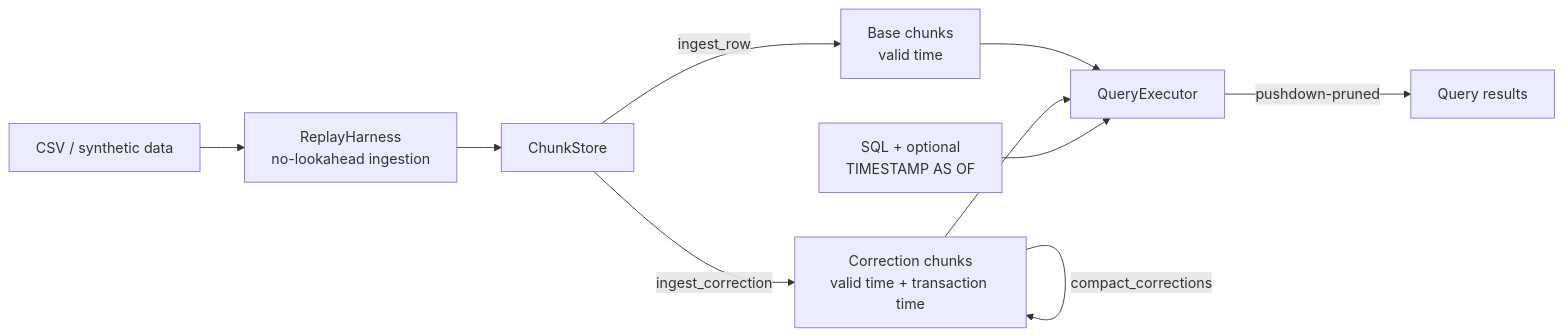
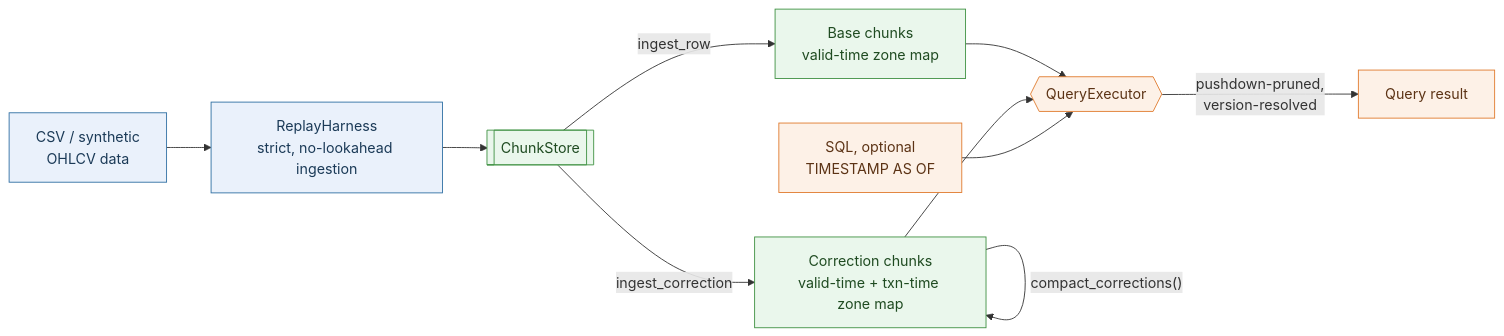
Before and after one commit to Shri2909/PitDB: the first of 4 diagrams in README.md, drawn with Mermaid. The commit also changed other lines of this file and 6 other files, not shown here.

First line of the commit message:
Rewrite README/ARCHITECTURE/METHODOLOGY with diagrams, move docs to root, rename project to PitDB

````diff
--- a/README.md
+++ b/README.md
@@ -24,11 +69,19 @@
 ```mermaid
-graph LR
-    A[CSV / synthetic data] --> B[ReplayHarness<br/>no-lookahead ingestion]
-    B --> C[ChunkStore]
-    C -->|ingest_row| D[Base chunks<br/>valid time]
-    C -->|ingest_correction| E[Correction chunks<br/>valid time + transaction time]
-    E -->|compact_corrections| E
-    D & E --> F[QueryExecutor]
-    G["SQL + optional<br/>TIMESTAMP AS OF"] --> F
-    F -->|pushdown-pruned| H[Query results]
+flowchart LR
+    A["CSV / synthetic<br/>OHLCV data"] --> B["ReplayHarness<br/>strict, no-lookahead ingestion"]
+    B --> C[["ChunkStore"]]
+    C -->|"ingest_row"| D["Base chunks<br/>valid-time zone map"]
+    C -->|"ingest_correction"| E["Correction chunks<br/>valid-time + txn-time zone map"]
+    E -->|"compact_corrections()"| E
+    D --> F{{"QueryExecutor"}}
+    E --> F
+    G["SQL, optional<br/>TIMESTAMP AS OF"] --> F
+    F -->|"pushdown-pruned,<br/>version-resolved"| H["Query result"]
+
+    classDef ingest fill:#EAF1FB,stroke:#2F6FA3,color:#1B3A57,stroke-width:1px;
+    classDef store fill:#EAF7EC,stroke:#3F9142,color:#1F4B21,stroke-width:1px;
+    classDef query fill:#FDF1E7,stroke:#E07A2D,color:#5C3315,stroke-width:1px;
+    class A,B ingest;
+    class C,D,E store;
+    class F,G,H query;
 ```
````
